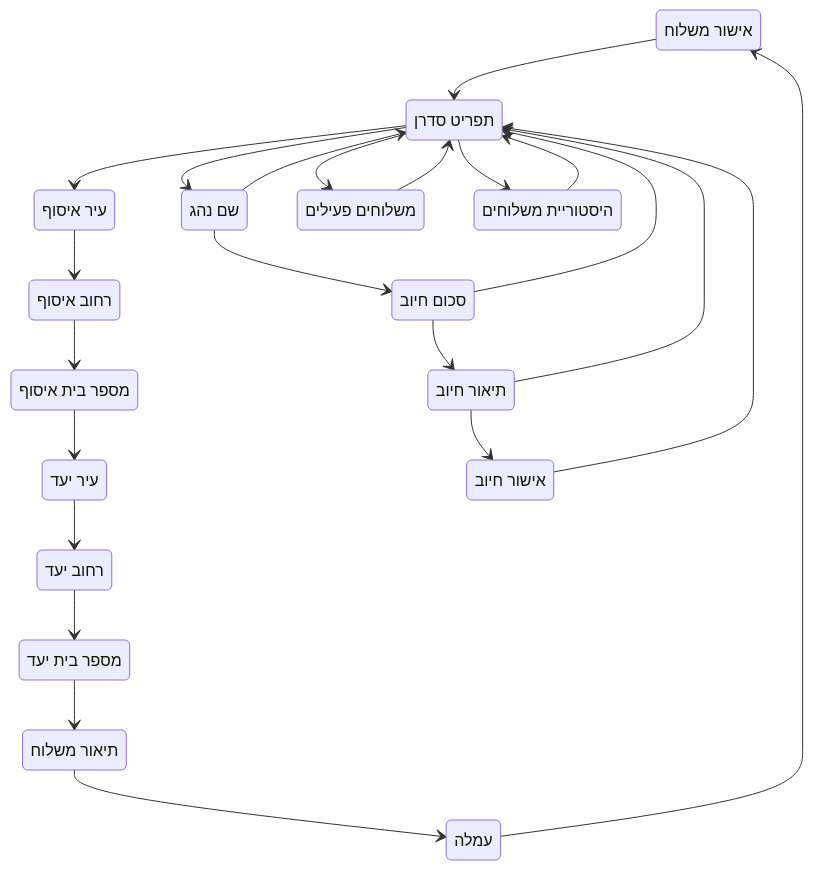
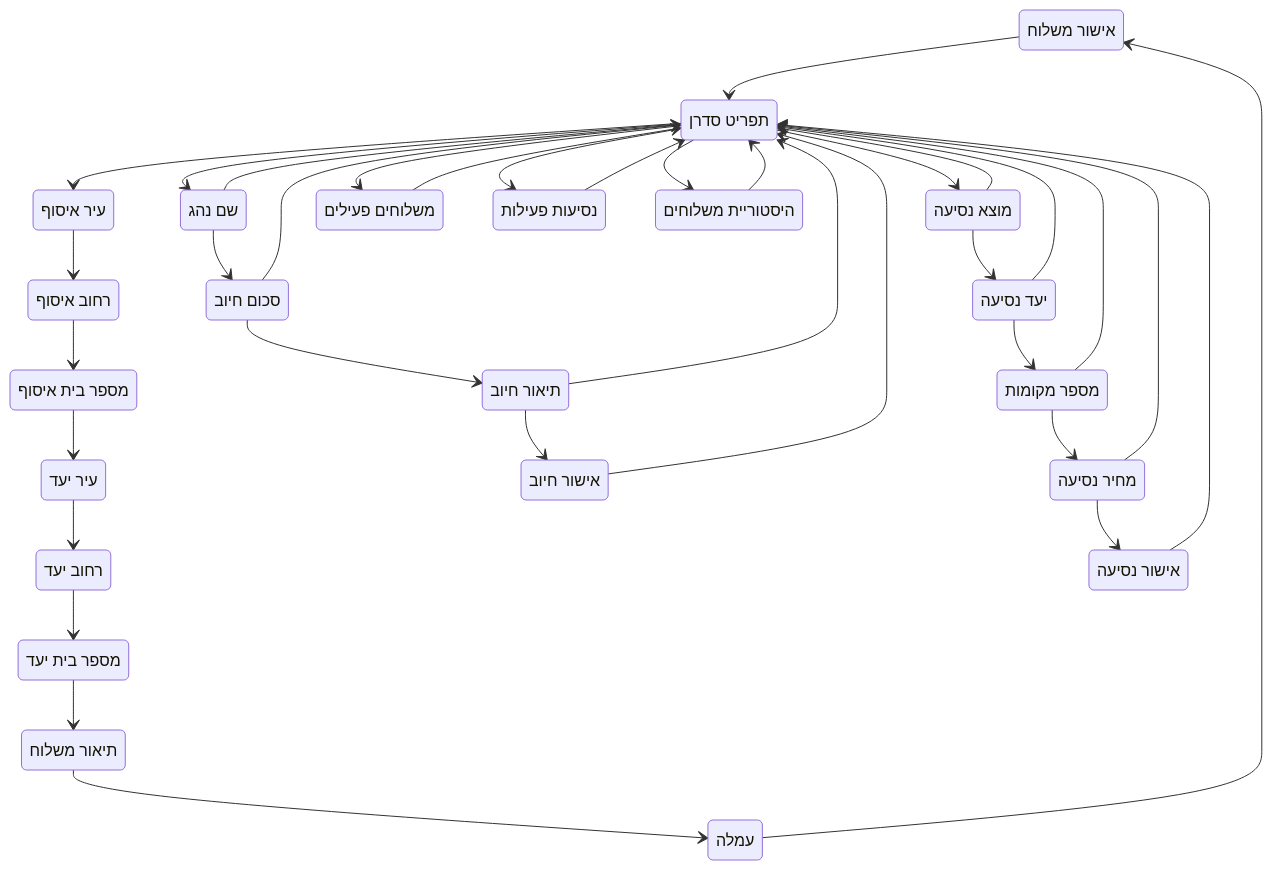
Before and after one commit to amirbiron/Shipment-bot: the third of 6 diagrams in CLAUDE.md, drawn with Mermaid. The commit also changed 11 other files, not shown here.

````diff
--- a/CLAUDE.md
+++ b/CLAUDE.md
@@ -139,43 +139,61 @@
 ```mermaid
 stateDiagram-v2
     DISPATCHER_ADD_SHIPMENT_CONFIRM : אישור משלוח
     DISPATCHER_ADD_SHIPMENT_DESCRIPTION : תיאור משלוח
     DISPATCHER_ADD_SHIPMENT_DROPOFF_CITY : עיר יעד
     DISPATCHER_ADD_SHIPMENT_DROPOFF_NUMBER : מספר בית יעד
     DISPATCHER_ADD_SHIPMENT_DROPOFF_STREET : רחוב יעד
     DISPATCHER_ADD_SHIPMENT_FEE : עמלה
     DISPATCHER_ADD_SHIPMENT_PICKUP_CITY : עיר איסוף
     DISPATCHER_ADD_SHIPMENT_PICKUP_NUMBER : מספר בית איסוף
     DISPATCHER_ADD_SHIPMENT_PICKUP_STREET : רחוב איסוף
     DISPATCHER_MANUAL_CHARGE_AMOUNT : סכום חיוב
     DISPATCHER_MANUAL_CHARGE_CONFIRM : אישור חיוב
     DISPATCHER_MANUAL_CHARGE_DESCRIPTION : תיאור חיוב
     DISPATCHER_MANUAL_CHARGE_DRIVER_NAME : שם נהג
     DISPATCHER_MENU : תפריט סדרן
+    DISPATCHER_POST_RIDE_CONFIRM : אישור נסיעה
+    DISPATCHER_POST_RIDE_DESTINATION : יעד נסיעה
+    DISPATCHER_POST_RIDE_ORIGIN : מוצא נסיעה
+    DISPATCHER_POST_RIDE_PRICE : מחיר נסיעה
+    DISPATCHER_POST_RIDE_SEATS : מספר מקומות
     DISPATCHER_VIEW_ACTIVE_SHIPMENTS : משלוחים פעילים
+    DISPATCHER_VIEW_POSTED_RIDES : נסיעות פעילות
     DISPATCHER_VIEW_SHIPMENT_HISTORY : היסטוריית משלוחים
 
 
     DISPATCHER_MENU --> DISPATCHER_ADD_SHIPMENT_PICKUP_CITY
     DISPATCHER_MENU --> DISPATCHER_VIEW_ACTIVE_SHIPMENTS
     DISPATCHER_MENU --> DISPATCHER_VIEW_SHIPMENT_HISTORY
     DISPATCHER_MENU --> DISPATCHER_MANUAL_CHARGE_DRIVER_NAME
+    DISPATCHER_MENU --> DISPATCHER_POST_RIDE_ORIGIN
+    DISPATCHER_MENU --> DISPATCHER_VIEW_POSTED_RIDES
     DISPATCHER_ADD_SHIPMENT_PICKUP_CITY --> DISPATCHER_ADD_SHIPMENT_PICKUP_STREET
     DISPATCHER_ADD_SHIPMENT_PICKUP_STREET --> DISPATCHER_ADD_SHIPMENT_PICKUP_NUMBER
     DISPATCHER_ADD_SHIPMENT_PICKUP_NUMBER --> DISPATCHER_ADD_SHIPMENT_DROPOFF_CITY
     DISPATCHER_ADD_SHIPMENT_DROPOFF_CITY --> DISPATCHER_ADD_SHIPMENT_DROPOFF_STREET
     DISPATCHER_ADD_SHIPMENT_DROPOFF_STREET --> DISPATCHER_ADD_SHIPMENT_DROPOFF_NUMBER
     DISPATCHER_ADD_SHIPMENT_DROPOFF_NUMBER --> DISPATCHER_ADD_SHIPMENT_DESCRIPTION
     DISPATCHER_ADD_SHIPMENT_DESCRIPTION --> DISPATCHER_ADD_SHIPMENT_FEE
     DISPATCHER_ADD_SHIPMENT_FEE --> DISPATCHER_ADD_SHIPMENT_CONFIRM
     DISPATCHER_ADD_SHIPMENT_CONFIRM --> DISPATCHER_MENU
     DISPATCHER_VIEW_ACTIVE_SHIPMENTS --> DISPATCHER_MENU
     DISPATCHER_VIEW_SHIPMENT_HISTORY --> DISPATCHER_MENU
     DISPATCHER_MANUAL_CHARGE_DRIVER_NAME --> DISPATCHER_MANUAL_CHARGE_AMOUNT
     DISPATCHER_MANUAL_CHARGE_DRIVER_NAME --> DISPATCHER_MENU
     DISPATCHER_MANUAL_CHARGE_AMOUNT --> DISPATCHER_MANUAL_CHARGE_DESCRIPTION
     DISPATCHER_MANUAL_CHARGE_AMOUNT --> DISPATCHER_MENU
     DISPATCHER_MANUAL_CHARGE_DESCRIPTION --> DISPATCHER_MANUAL_CHARGE_CONFIRM
     DISPATCHER_MANUAL_CHARGE_DESCRIPTION --> DISPATCHER_MENU
     DISPATCHER_MANUAL_CHARGE_CONFIRM --> DISPATCHER_MENU
+    DISPATCHER_POST_RIDE_ORIGIN --> DISPATCHER_POST_RIDE_DESTINATION
+    DISPATCHER_POST_RIDE_ORIGIN --> DISPATCHER_MENU
+    DISPATCHER_POST_RIDE_DESTINATION --> DISPATCHER_POST_RIDE_SEATS
+    DISPATCHER_POST_RIDE_DESTINATION --> DISPATCHER_MENU
+    DISPATCHER_POST_RIDE_SEATS --> DISPATCHER_POST_RIDE_PRICE
+    DISPATCHER_POST_RIDE_SEATS --> DISPATCHER_MENU
+    DISPATCHER_POST_RIDE_PRICE --> DISPATCHER_POST_RIDE_CONFIRM
+    DISPATCHER_POST_RIDE_PRICE --> DISPATCHER_MENU
+    DISPATCHER_POST_RIDE_CONFIRM --> DISPATCHER_MENU
+    DISPATCHER_VIEW_POSTED_RIDES --> DISPATCHER_MENU
 ```
````
